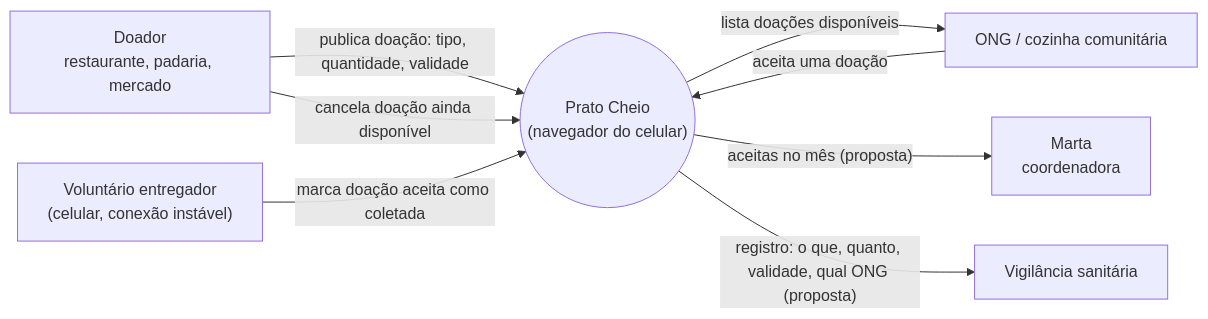
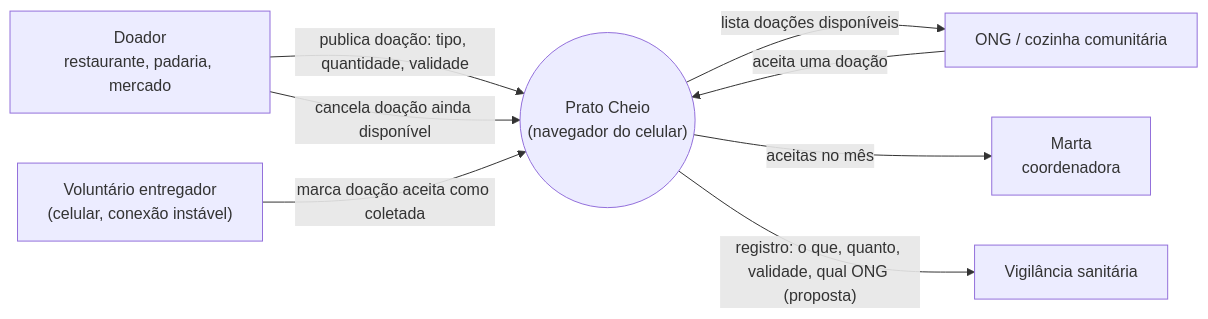
One commit to RogerKlock/g1126-template-prato-cheio changed the diagram in docs/diagramas/contexto.md. Above: the diagram before and after it, drawn with Mermaid. The commit also changed other lines of this file and 3 other files, not shown here.

Commit message:
docs: decisão D6, diagramas finais e documento de projeto dentro de 4 páginas

````diff
--- a/docs/diagramas/contexto.md
+++ b/docs/diagramas/contexto.md
@@ -9,17 +9,17 @@
 ```mermaid
 flowchart LR
   D["Doador<br/>restaurante, padaria, mercado"]
   O["ONG / cozinha comunitária"]
   V["Voluntário entregador<br/>(celular, conexão instável)"]
   M["Marta<br/>coordenadora"]
   VS["Vigilância sanitária"]
   S(("Prato Cheio<br/>(navegador do celular)"))
 
   D -- "publica doação: tipo, quantidade, validade" --> S
   D -- "cancela doação ainda disponível" --> S
   S -- "lista doações disponíveis" --> O
   O -- "aceita uma doação" --> S
   V -- "marca doação aceita como coletada" --> S
-  S -- "aceitas no mês (proposta)" --> M
+  S -- "aceitas no mês" --> M
   S -- "registro: o que, quanto, validade, qual ONG (proposta)" --> VS
 ```
````
